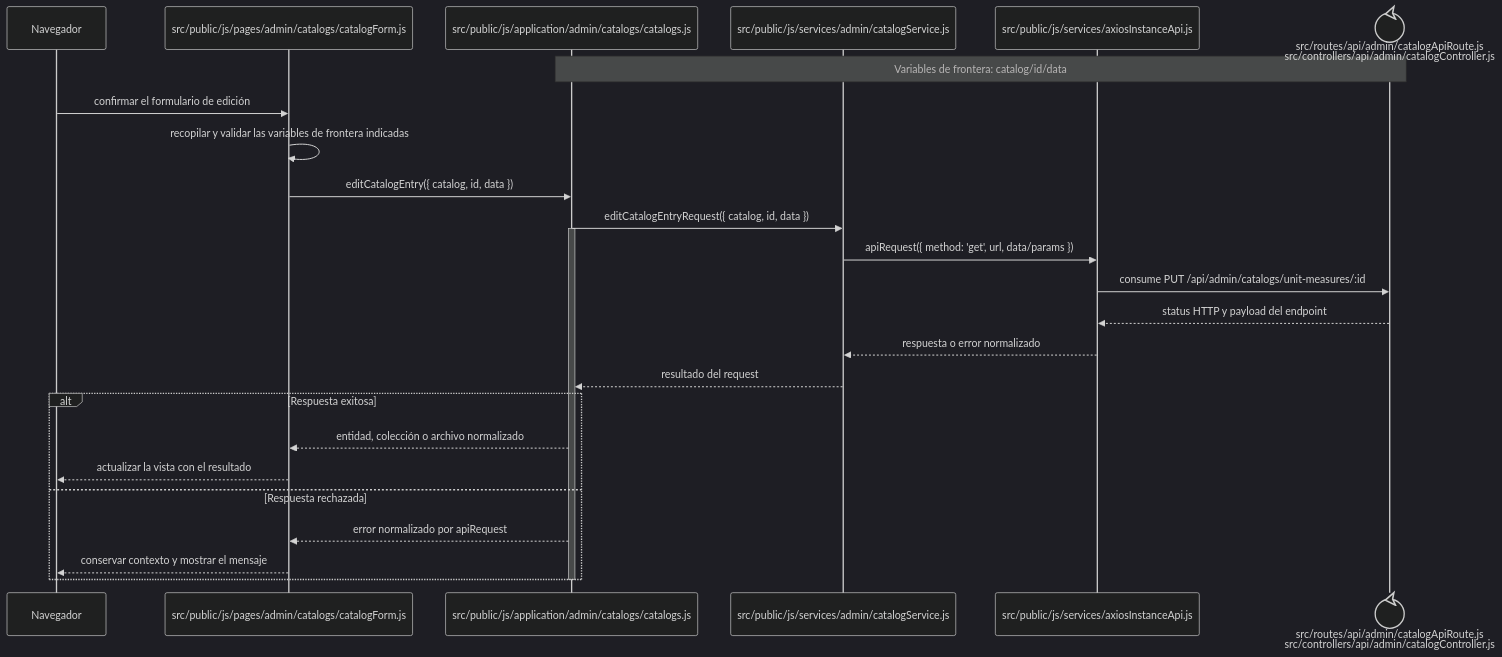
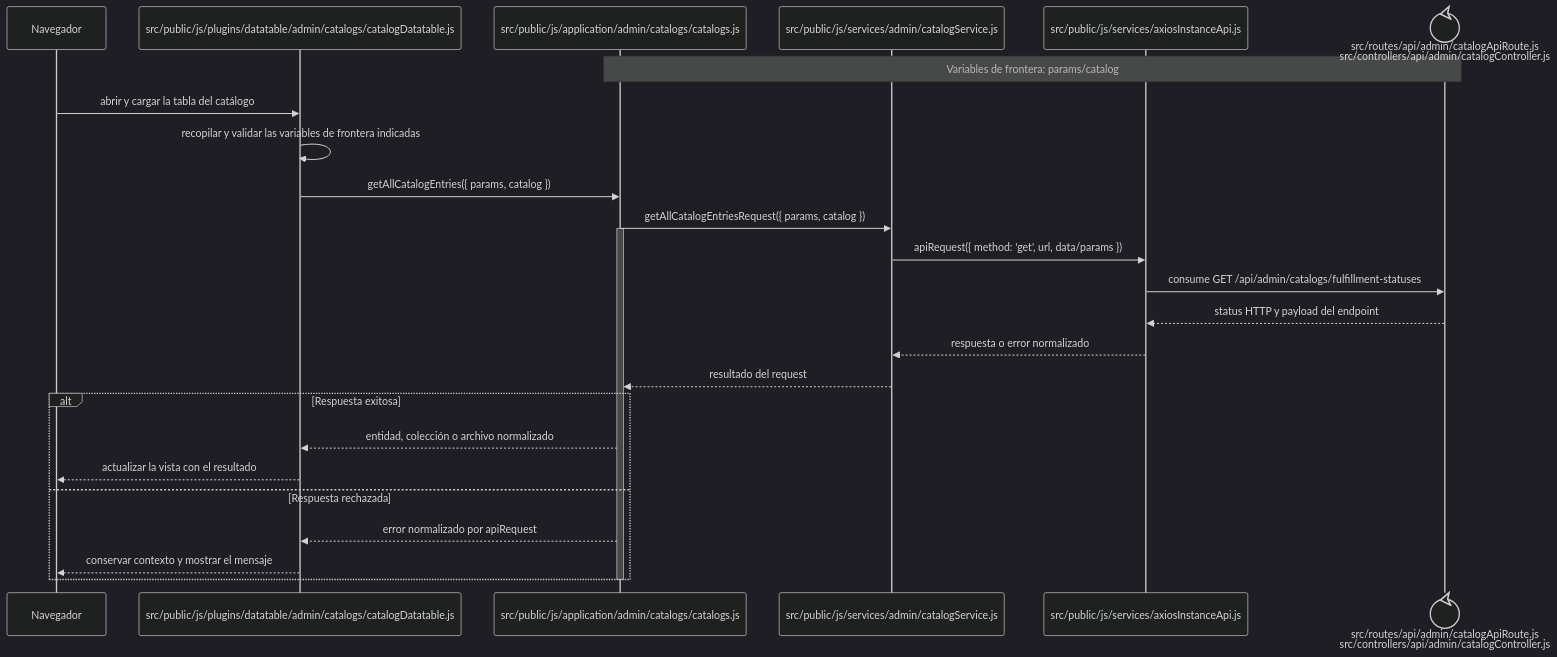
The diagram in docs/architecture/frontend-code-sequences/catalogs/cu-cat-42.md (gpgsistemas01/nexus), drawn with Mermaid (dark theme) before and after one commit. The commit also changed other lines of this file and 126 other files, not shown here.

````diff
--- a/docs/architecture/frontend-code-sequences/catalogs/cu-cat-42.md
+++ b/docs/architecture/frontend-code-sequences/catalogs/cu-cat-42.md
@@ -6,29 +6,29 @@
 ```mermaid
 sequenceDiagram
     participant Browser as Navegador
-    participant View as src/public/js/pages/admin/catalogs/catalogForm.js
+    participant View as src/public/js/plugins/datatable/admin/catalogs/catalogDatatable.js
     participant Application as src/public/js/application/admin/catalogs/catalogs.js
     participant Request as src/public/js/services/admin/catalogService.js
     participant HTTP as src/public/js/services/axiosInstanceApi.js
     participant Transport@{ "type": "control" } as src/routes/api/admin/catalogApiRoute.js<br/>src/controllers/api/admin/catalogController.js
-    Note over Application,Transport: Variables de frontera: catalog/id/data
+    Note over Application,Transport: Variables de frontera: params/catalog
 
-    Browser->>View: confirmar el formulario de edición
+    Browser->>View: abrir y cargar la tabla del catálogo
     View->>View: recopilar y validar las variables de frontera indicadas
-    View->>Application: editCatalogEntry({ catalog, id, data })
-    Application->>Request: editCatalogEntryRequest({ catalog, id, data })
+    View->>Application: getAllCatalogEntries({ params, catalog })
+    Application->>Request: getAllCatalogEntriesRequest({ params, catalog })
     activate Application
     Request->>HTTP: apiRequest({ method: 'get', url, data/params })
-    HTTP->>Transport: consume PUT /api/admin/catalogs/unit-measures/:id
+    HTTP->>Transport: consume GET /api/admin/catalogs/fulfillment-statuses
     Transport-->>HTTP: status HTTP y payload del endpoint
     HTTP-->>Request: respuesta o error normalizado
     Request-->>Application: resultado del request
     alt Respuesta exitosa
         Application-->>View: entidad, colección o archivo normalizado
         View-->>Browser: actualizar la vista con el resultado
     else Respuesta rechazada
         Application-->>View: error normalizado por apiRequest
         View-->>Browser: conservar contexto y mostrar el mensaje
     end
     deactivate Application
 ```
````
